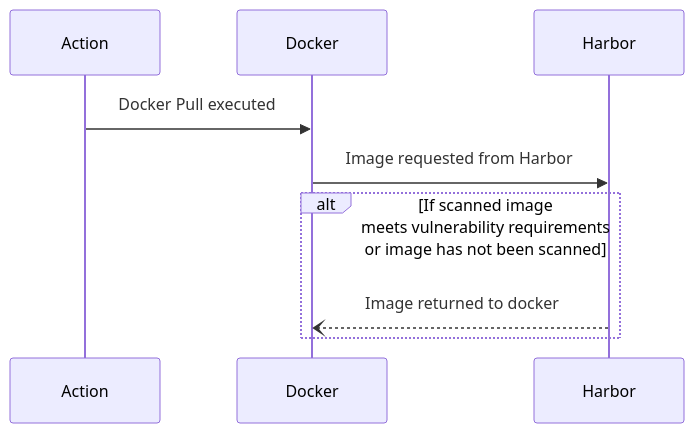
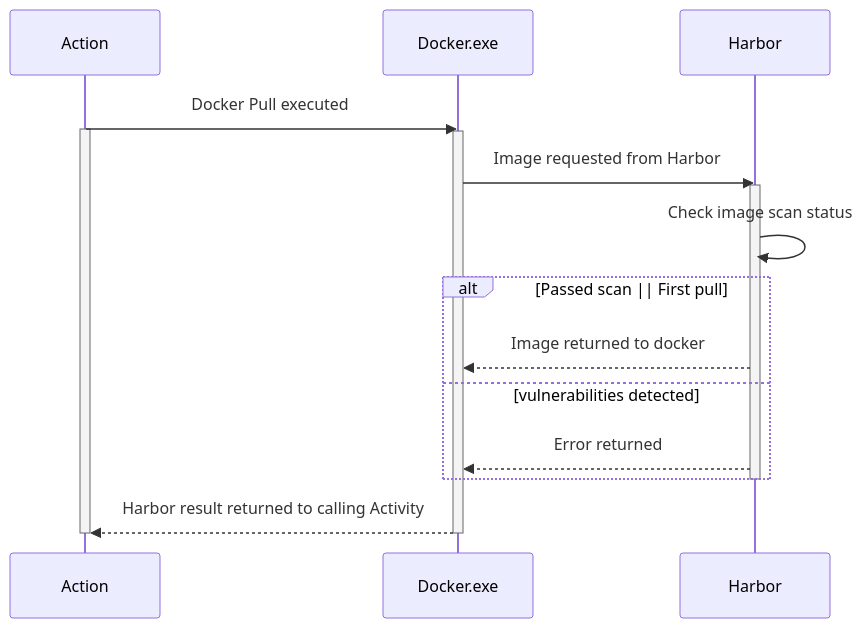
The first of 5 diagrams in spikes/harbor/harborflows.md (retaildevcrews/ngsa-asb), drawn with Mermaid before and after one commit. The commit also changed other lines of this file, not shown here.

Commit message:
Updated the first two diagrams

````diff
--- a/spikes/harbor/harborflows.md
+++ b/spikes/harbor/harborflows.md
@@ -7,12 +7,23 @@
 ```mermaid
 sequenceDiagram
     participant action  as Action 
-    participant docker  as Docker
+    participant docker  as Docker.exe
     participant harbor  as Harbor
     
-    action     ->> docker: Docker Pull executed
-    docker     ->> harbor: Image requested from Harbor
-    alt If scanned image <br> meets vulnerability requirements <br> or image has not been scanned
-        harbor     --)  docker: Image returned to docker
-        end
+    action  ->> docker: Docker Pull executed
+    activate action
+    activate docker
+    docker  ->> harbor: Image requested from Harbor
+    activate harbor
+    harbor  ->> harbor: Check image scan status
+    alt Passed scan || First pull
+        harbor -->> docker: Image returned to docker
+    else vulnerabilities detected
+        harbor -->> docker: Error returned
+    end
+    deactivate harbor
+    docker -->> action: Harbor result returned to calling Activity
+    deactivate docker
+    deactivate action
+    
 ```
````
